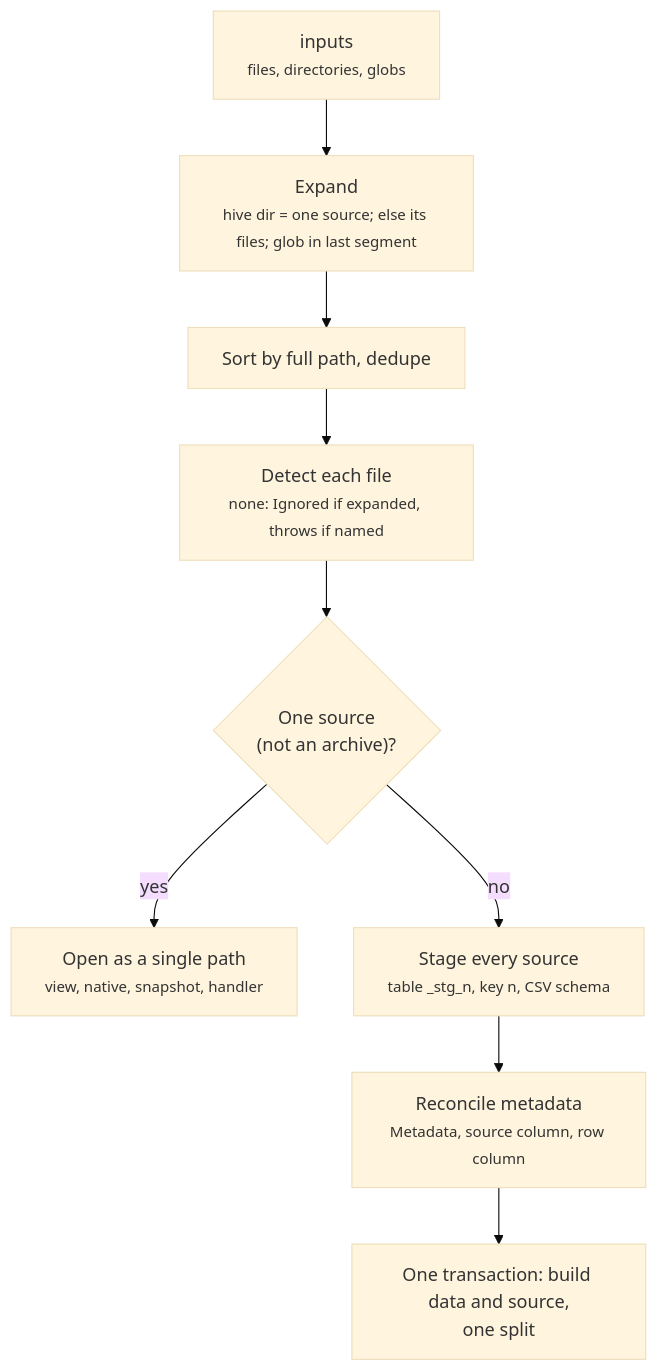
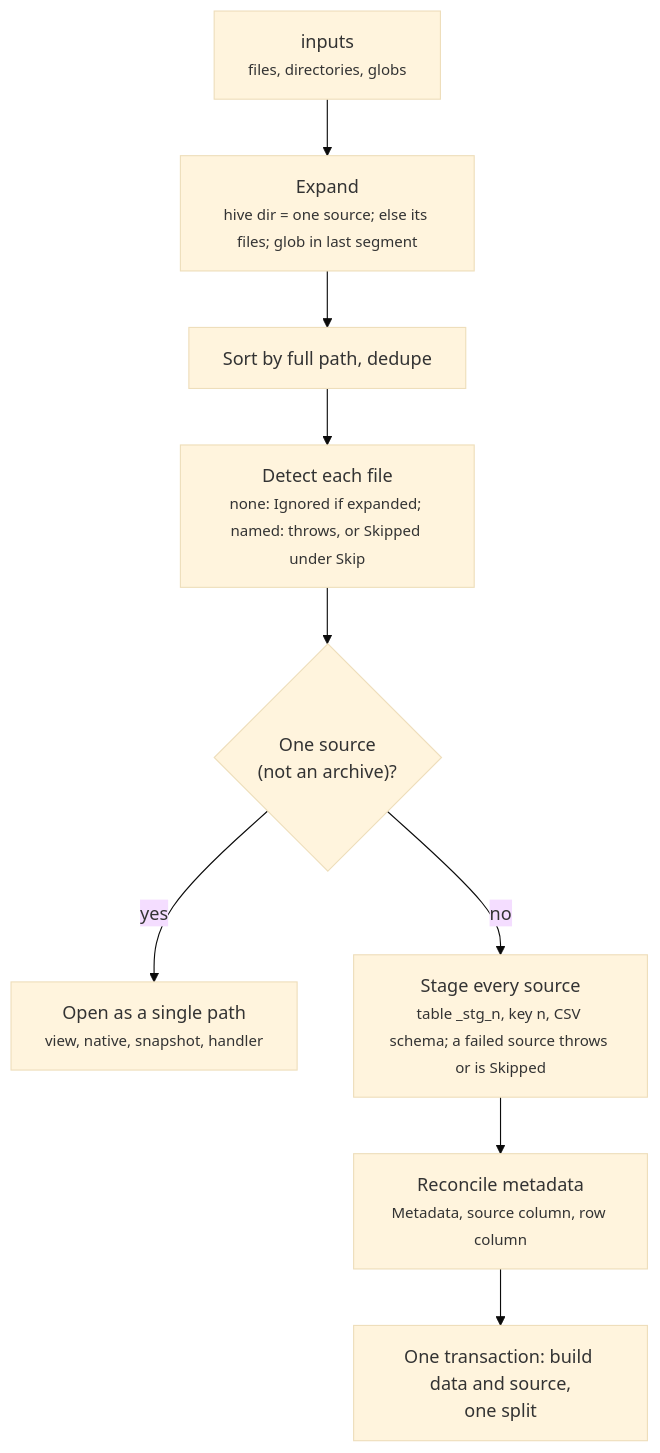
Before and after one commit to squalor-xyz/DataBall: diagram 15 of 15 in docs/how-it-works.md, drawn with Mermaid (base theme). The commit also changed other lines of this file and 18 other files, not shown here.

Commit message:
db-24: many-file opens have a bad-file policy (Abort/Skip), OpenReport.Skipped, and CLI multi-input import.

````diff
--- a/docs/how-it-works.md
+++ b/docs/how-it-works.md
@@ -292,11 +292,11 @@
 ```mermaid
 flowchart TD
     A["inputs<br/><small>files, directories, globs</small>"] --> B["Expand<br/><small>hive dir = one source; else its files; glob in last segment</small>"]
     B --> C["Sort by full path, dedupe"]
-    C --> D["Detect each file<br/><small>none: Ignored if expanded, throws if named</small>"]
+    C --> D["Detect each file<br/><small>none: Ignored if expanded; named: throws, or Skipped under Skip</small>"]
     D --> E{"One source<br/>(not an archive)?"}
     E -- yes --> F["Open as a single path<br/><small>view, native, snapshot, handler</small>"]
-    E -- no --> G["Stage every source<br/><small>table _stg_n, key n, CSV schema</small>"]
+    E -- no --> G["Stage every source<br/><small>table _stg_n, key n, CSV schema; a failed source throws or is Skipped</small>"]
     G --> H["Reconcile metadata<br/><small>Metadata, source column, row column</small>"]
     H --> I["One transaction: build data and source,<br/>one split"]
 ```
````
